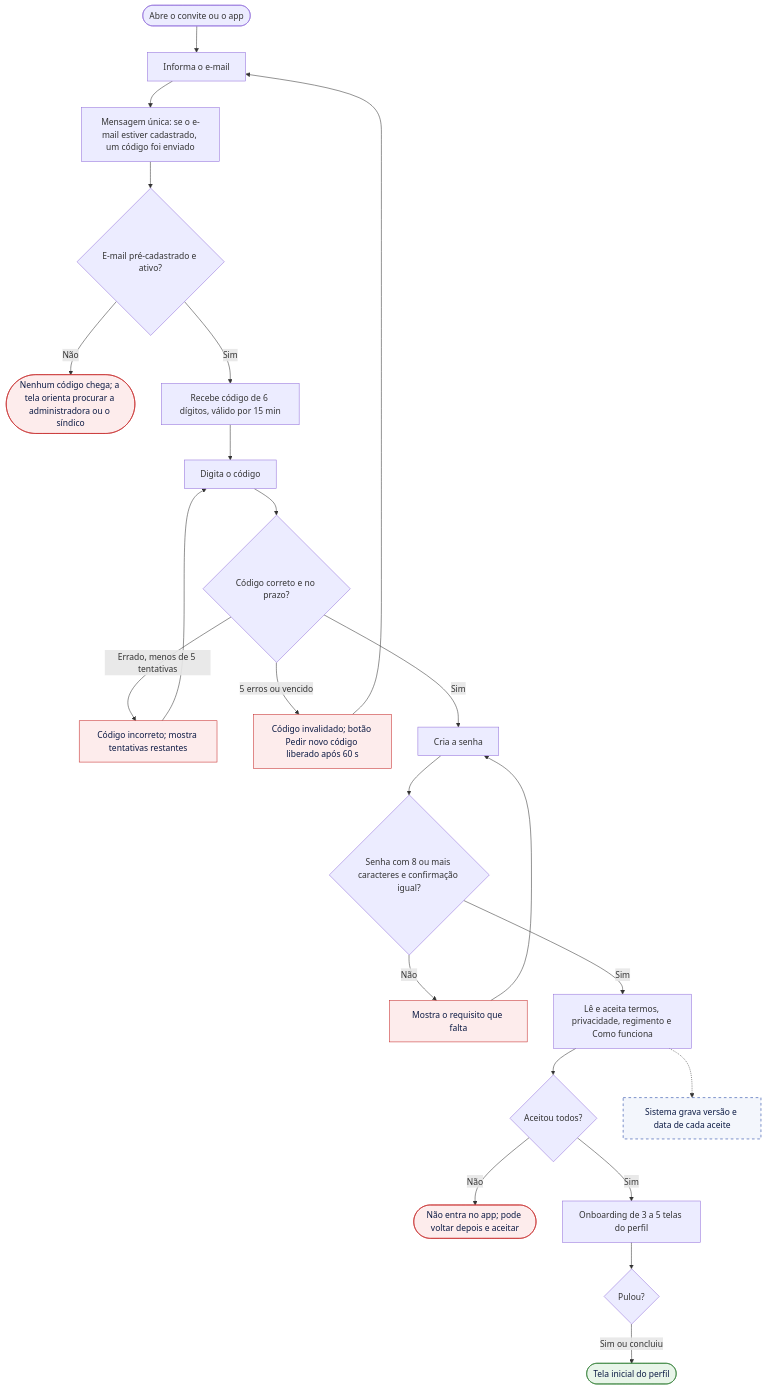
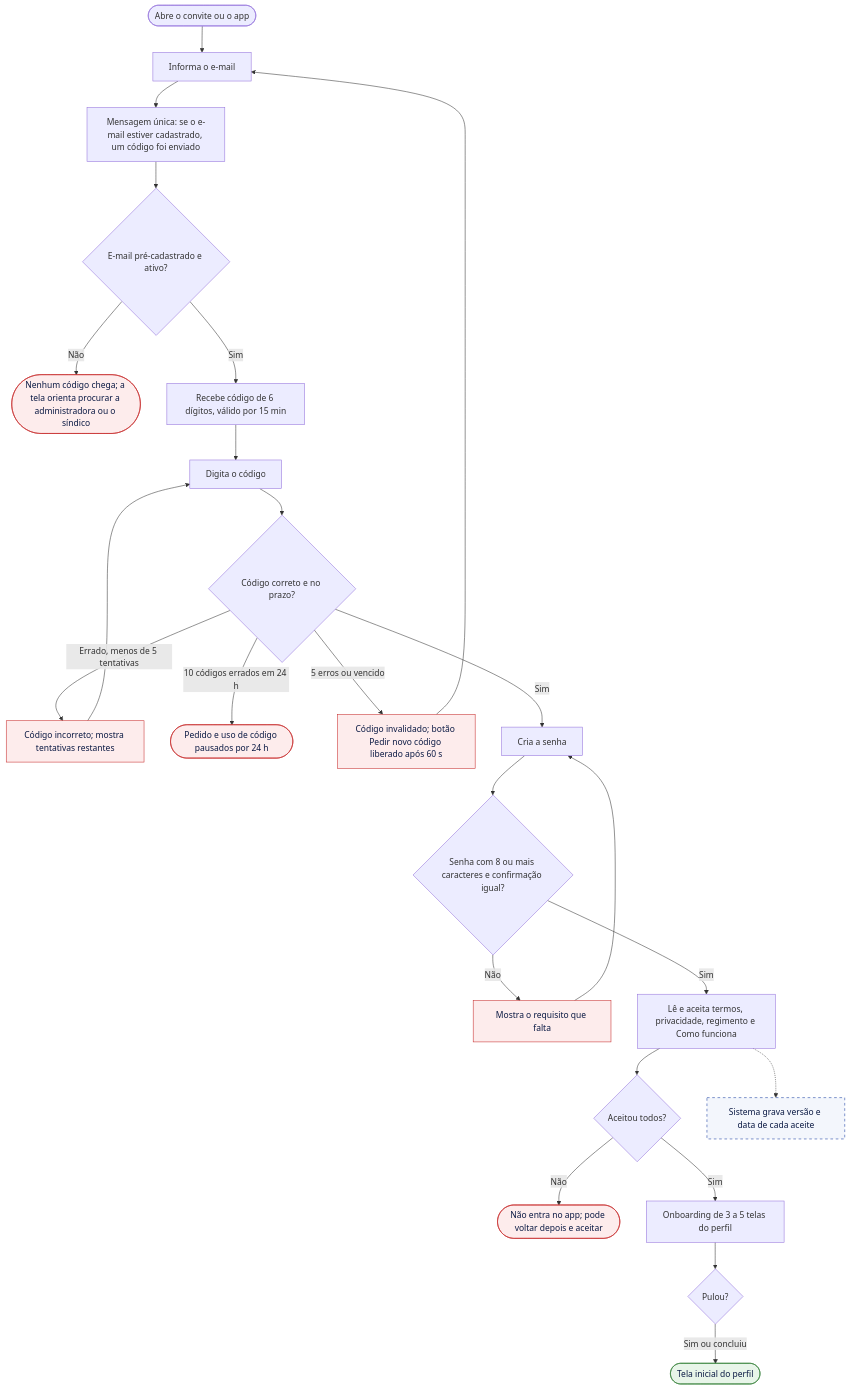
Before and after one commit to pedrolems/CondomiFacil: the first of 33 diagrams in docs/02-design/02-user-flows.md, drawn with Mermaid. The commit also changed other lines of this file and 158 other files, not shown here.

````diff
--- a/docs/02-design/02-user-flows.md
+++ b/docs/02-design/02-user-flows.md
@@ -89,32 +89,33 @@
 ```mermaid
 flowchart TD
     A(["Abre o convite ou o app"]) --> B["Informa o e-mail"]
     B --> C["Mensagem única: se o e-mail estiver cadastrado, um código foi enviado"]
     C --> D{"E-mail pré-cadastrado e ativo?"}
     D -->|"Não"| E1(["Nenhum código chega; a tela orienta procurar a administradora ou o síndico"])
     D -->|"Sim"| F["Recebe código de 6 dígitos, válido por 15 min"]
     F --> G["Digita o código"]
     G --> H{"Código correto e no prazo?"}
     H -->|"Errado, menos de 5 tentativas"| E2["Código incorreto; mostra tentativas restantes"]
     E2 --> G
+    H -->|"10 códigos errados em 24 h"| E6(["Pedido e uso de código pausados por 24 h"])
     H -->|"5 erros ou vencido"| E3["Código invalidado; botão Pedir novo código liberado após 60 s"]
     E3 --> B
     H -->|"Sim"| I["Cria a senha"]
     I --> J{"Senha com 8 ou mais caracteres e confirmação igual?"}
     J -->|"Não"| E4["Mostra o requisito que falta"]
     E4 --> I
     J -->|"Sim"| K["Lê e aceita termos, privacidade, regimento e Como funciona"]
     K --> L{"Aceitou todos?"}
     L -->|"Não"| E5(["Não entra no app; pode voltar depois e aceitar"])
     L -->|"Sim"| M["Onboarding de 3 a 5 telas do perfil"]
     M --> N{"Pulou?"}
     N -->|"Sim ou concluiu"| O(["Tela inicial do perfil"])
     S1["Sistema grava versão e data de cada aceite"]
     K -.-> S1
     classDef ok fill:#E8F5E9,stroke:#2E7D32,color:#0B1A44
     classDef erro fill:#FDECEC,stroke:#C62828,color:#0B1A44
     classDef sis fill:#F3F6FC,stroke:#0E359D,stroke-dasharray:5 5,color:#0B1A44
     class O ok
-    class E1,E2,E3,E4,E5 erro
+    class E1,E2,E3,E4,E5,E6 erro
     class S1 sis
 ```
````
